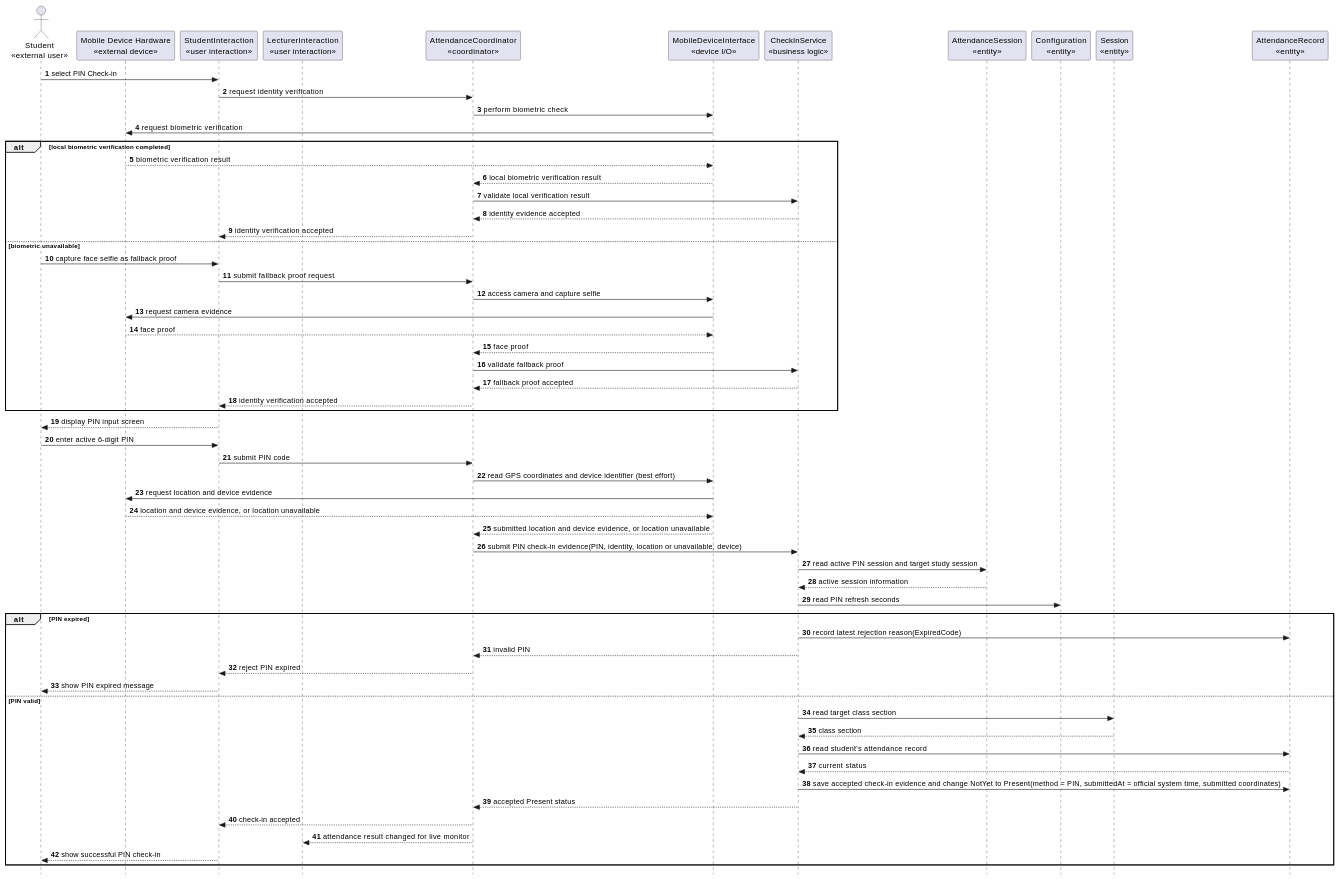
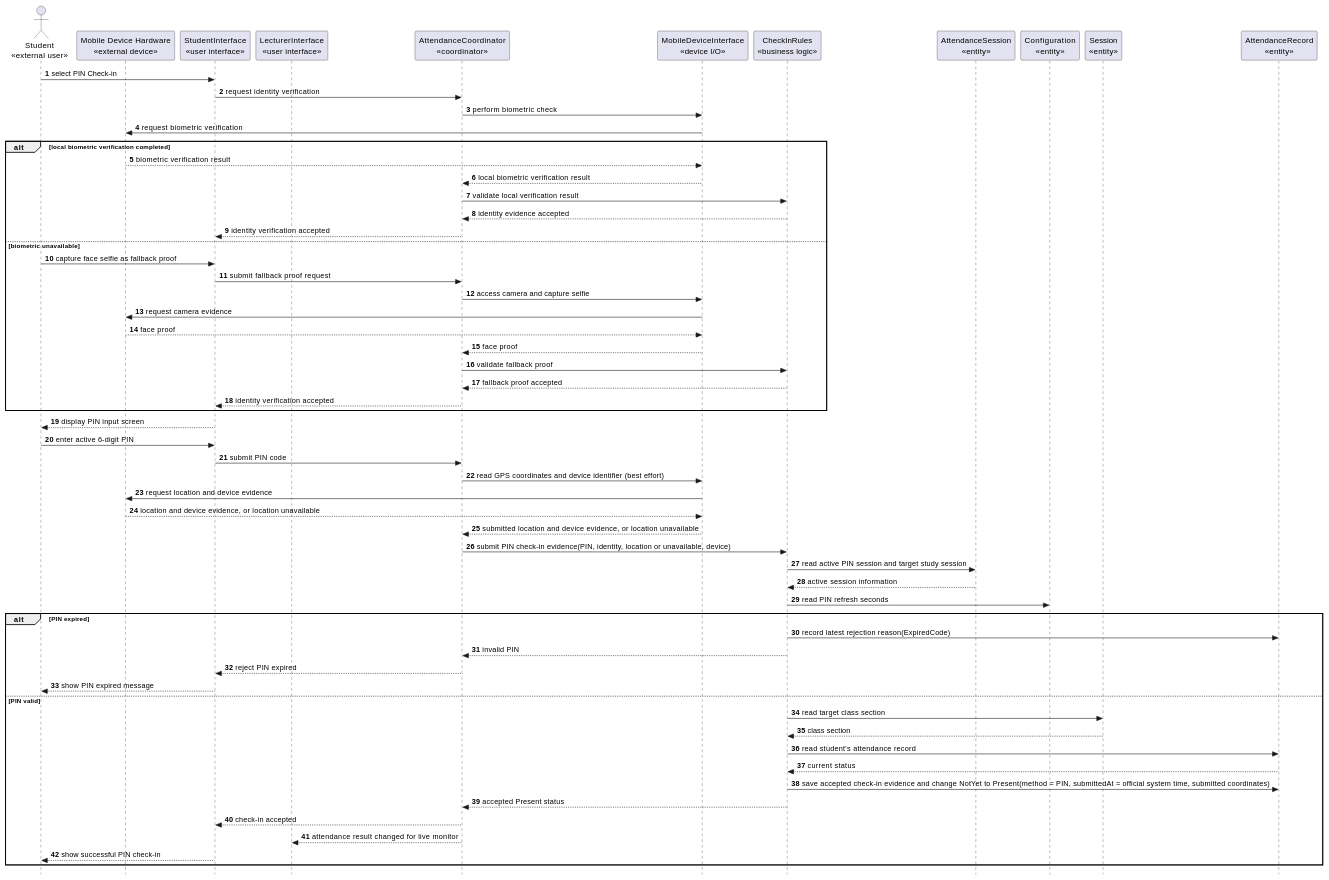
Before and after one commit to nttung42/SWD392: diagram 13 of 26 in docs/rds/2_Analysis.md, drawn with PlantUML. The commit also changed other lines of this file and 1 other file, not shown here.

````diff
--- a/docs/rds/2_Analysis.md
+++ b/docs/rds/2_Analysis.md
@@ -567,69 +567,69 @@
 ```plantuml
 @startuml
 skinparam style strictuml
 autonumber
 actor "Student\n«external user»" as Student
 participant "Mobile Device Hardware\n«external device»" as MobileHardware
-participant "StudentInteraction\n«user interaction»" as StudentUI
-participant "LecturerInteraction\n«user interaction»" as LecturerUI
+participant "StudentInterface\n«user interface»" as StudentUI
+participant "LecturerInterface\n«user interface»" as LecturerUI
 participant "AttendanceCoordinator\n«coordinator»" as CheckInControl
 participant "MobileDeviceInterface\n«device I/O»" as MobileSensor
-participant "CheckInService\n«business logic»" as AttendanceRules
+participant "CheckInRules\n«business logic»" as AttendanceRules
 participant "AttendanceSession\n«entity»" as AttendanceSession
 participant "Configuration\n«entity»" as Configuration
 participant "Session\n«entity»" as Session
 participant "AttendanceRecord\n«entity»" as AttendanceRecord
 
 Student -> StudentUI : select PIN Check-in
 StudentUI -> CheckInControl : request identity verification
 CheckInControl -> MobileSensor : perform biometric check
 MobileSensor -> MobileHardware : request biometric verification
 
 alt local biometric verification completed
   MobileHardware --> MobileSensor : biometric verification result
   MobileSensor --> CheckInControl : local biometric verification result
   CheckInControl -> AttendanceRules : validate local verification result
   AttendanceRules --> CheckInControl : identity evidence accepted
   CheckInControl --> StudentUI : identity verification accepted
 else biometric unavailable
   Student -> StudentUI : capture face selfie as fallback proof
   StudentUI -> CheckInControl : submit fallback proof request
   CheckInControl -> MobileSensor : access camera and capture selfie
   MobileSensor -> MobileHardware : request camera evidence
   MobileHardware --> MobileSensor : face proof
   MobileSensor --> CheckInControl : face proof
   CheckInControl -> AttendanceRules : validate fallback proof
   AttendanceRules --> CheckInControl : fallback proof accepted
   CheckInControl --> StudentUI : identity verification accepted
 end
 
 StudentUI --> Student : display PIN input screen
 Student -> StudentUI : enter active 6-digit PIN
 StudentUI -> CheckInControl : submit PIN code
 CheckInControl -> MobileSensor : read GPS coordinates and device identifier (best effort)
 MobileSensor -> MobileHardware : request location and device evidence
 MobileHardware --> MobileSensor : location and device evidence, or location unavailable
 MobileSensor --> CheckInControl : submitted location and device evidence, or location unavailable
 CheckInControl -> AttendanceRules : submit PIN check-in evidence(PIN, identity, location or unavailable, device)
 AttendanceRules -> AttendanceSession : read active PIN session and target study session
 AttendanceSession --> AttendanceRules : active session information
 AttendanceRules -> Configuration : read PIN refresh seconds
 
 alt PIN expired
   AttendanceRules -> AttendanceRecord : record latest rejection reason(ExpiredCode)
   AttendanceRules --> CheckInControl : invalid PIN
   CheckInControl --> StudentUI : reject PIN expired
   StudentUI --> Student : show PIN expired message
 else PIN valid
   AttendanceRules -> Session : read target class section
   Session --> AttendanceRules : class section
   AttendanceRules -> AttendanceRecord : read student's attendance record
   AttendanceRecord --> AttendanceRules : current status
   AttendanceRules -> AttendanceRecord : save accepted check-in evidence and change NotYet to Present(method = PIN, submittedAt = official system time, submitted coordinates)
   AttendanceRules --> CheckInControl : accepted Present status
   CheckInControl --> StudentUI : check-in accepted
   CheckInControl --> LecturerUI : attendance result changed for live monitor
   StudentUI --> Student : show successful PIN check-in
 end
 @enduml
 ```
````
